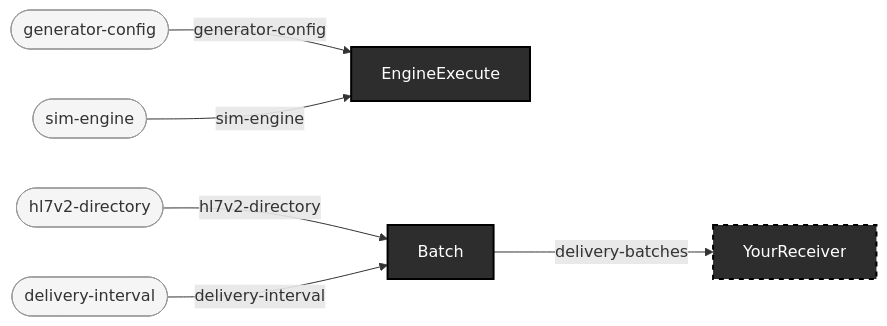
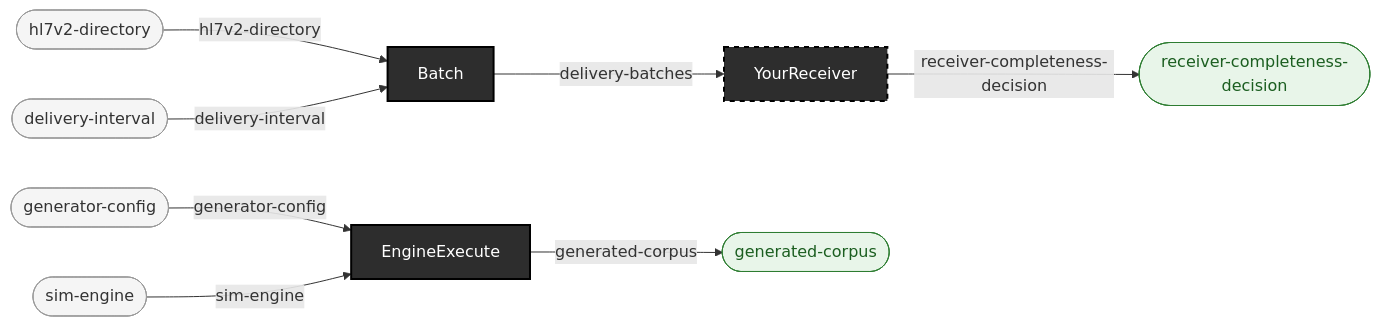
One commit to pragsmike/ehr-testing-tools changed the diagram in docs/use-cases/supply-batch-straddling-traffic.md. Above: the diagram before and after it, drawn with Mermaid. The commit also changed 21 other files, not shown here.

First line of the commit message:
docs: regenerate use-case pages and pipeline diagram with result nodes (mechanical, zero hand edits)

````diff
--- a/docs/use-cases/supply-batch-straddling-traffic.md
+++ b/docs/use-cases/supply-batch-straddling-traffic.md
@@ -44,39 +44,49 @@
 ```mermaid
 flowchart LR
 
     %% --- Source types (raw inputs, not produced by any operation) ---
     delivery_interval(["delivery-interval"])
     generator_config(["generator-config"])
     hl7v2_directory(["hl7v2-directory"])
     sim_engine(["sim-engine"])
 
     %% --- Operations (boxes; spiders use distinct shapes) ---
     EngineExecute["EngineExecute"]
     Batch["Batch"]
     YourReceiver["YourReceiver"]
 
+    %% --- Result types (terminal outputs) ---
+    generated_corpus_out(["generated-corpus"])
+    receiver_completeness_decision_out(["receiver-completeness-decision"])
+
     %% --- Wires (typed connections) ---
     %% Arrow 1: EngineExecute
     generator_config -- generator-config --> EngineExecute
     sim_engine -- sim-engine --> EngineExecute
+    EngineExecute -- "generated-corpus" --> generated_corpus_out
 
     %% Arrow 2: Batch
     hl7v2_directory -- hl7v2-directory --> Batch
     delivery_interval -- delivery-interval --> Batch
 
     %% Arrow 3: YourReceiver
     Batch -- delivery-batches --> YourReceiver
+    YourReceiver -- "receiver-completeness-decision" --> receiver_completeness_decision_out
 
     %% --- Styling ---
 
     %% Operations: dark boxes (fan=blue, funnel=green, enrichment=outlined, gate=purple, external=dashed)
     style EngineExecute fill:#2d2d2d,stroke:#000,color:#fff,stroke-width:2px
     style Batch fill:#2d2d2d,stroke:#000,color:#fff,stroke-width:2px
     style YourReceiver fill:#2d2d2d,stroke:#000,color:#fff,stroke-width:2px,stroke-dasharray: 5 5
 
     %% Source types: light rounded
     style delivery_interval fill:#f5f5f5,stroke:#999,color:#333
     style generator_config fill:#f5f5f5,stroke:#999,color:#333
     style hl7v2_directory fill:#f5f5f5,stroke:#999,color:#333
     style sim_engine fill:#f5f5f5,stroke:#999,color:#333
+
+    %% Result types (terminal outputs): green rounded
+    style generated_corpus_out fill:#e8f5e9,stroke:#2e7d32,color:#1b5e20
+    style receiver_completeness_decision_out fill:#e8f5e9,stroke:#2e7d32,color:#1b5e20
 ```
````
